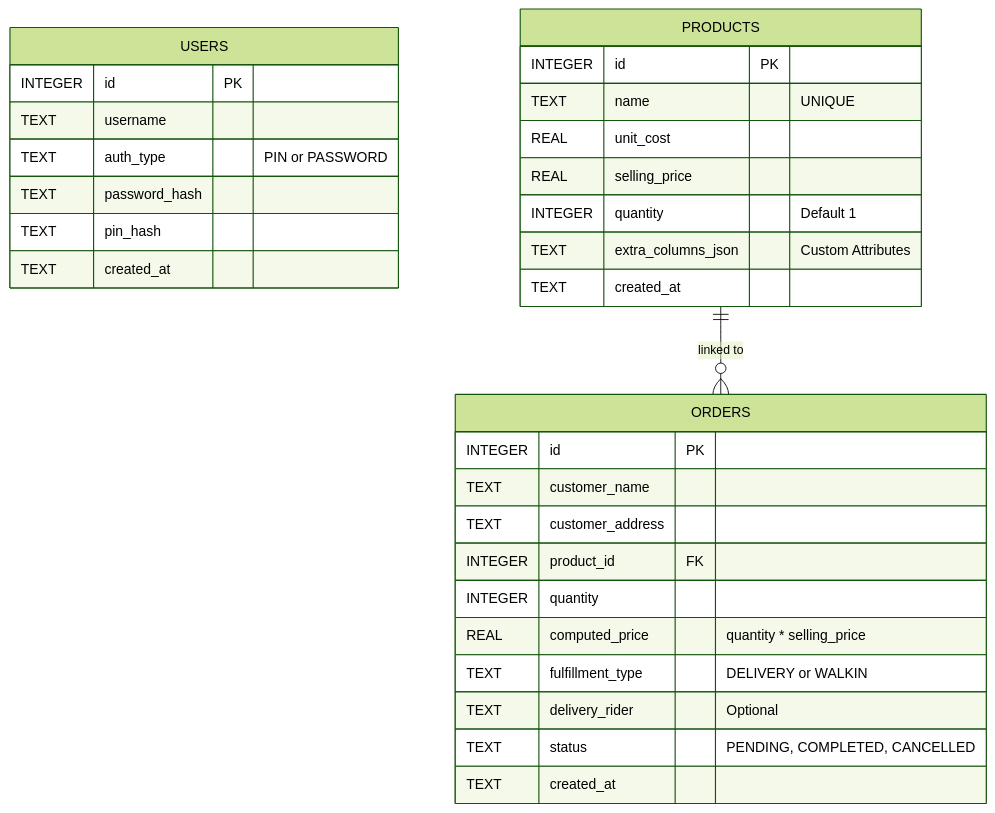
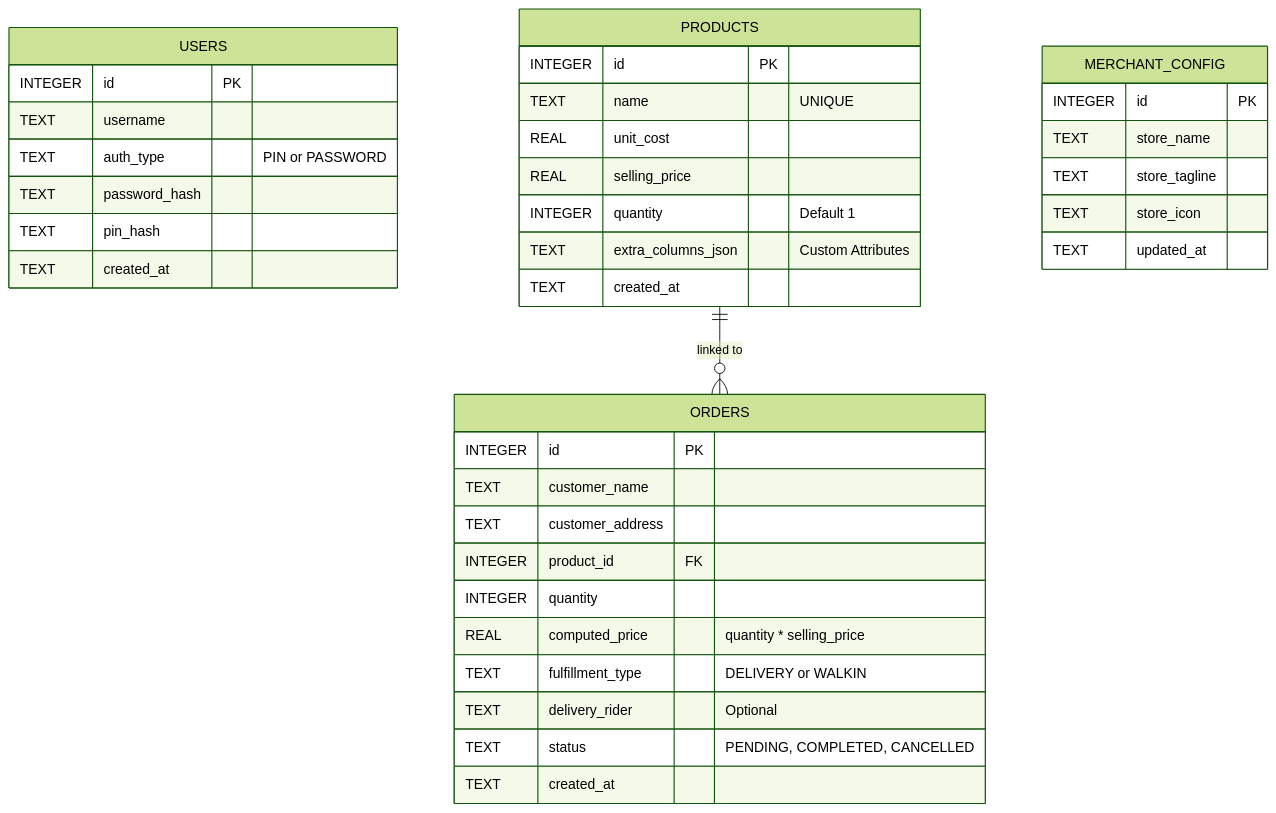
Before and after one commit to eiflow3/project-2: the diagram in docs/database_schema.md, drawn with Mermaid (forest theme). The commit also changed other lines of this file and 10 other files, not shown here.

````diff
--- a/docs/database_schema.md
+++ b/docs/database_schema.md
@@ -14,34 +15,41 @@
 ```mermaid
 erDiagram
     USERS {
         INTEGER id PK
         TEXT username
         TEXT auth_type "PIN or PASSWORD"
         TEXT password_hash
         TEXT pin_hash
         TEXT created_at
     }
     PRODUCTS {
         INTEGER id PK
         TEXT name "UNIQUE"
         REAL unit_cost
         REAL selling_price
         INTEGER quantity "Default 1"
         TEXT extra_columns_json "Custom Attributes"
         TEXT created_at
     }
     ORDERS {
         INTEGER id PK
         TEXT customer_name
         TEXT customer_address
         INTEGER product_id FK
         INTEGER quantity
         REAL computed_price "quantity * selling_price"
         TEXT fulfillment_type "DELIVERY or WALKIN"
         TEXT delivery_rider "Optional"
         TEXT status "PENDING, COMPLETED, CANCELLED"
         TEXT created_at
     }
+    MERCHANT_CONFIG {
+        INTEGER id PK
+        TEXT store_name
+        TEXT store_tagline
+        TEXT store_icon
+        TEXT updated_at
+    }
 
     PRODUCTS ||--o{ ORDERS : "linked to"
 ```
````
